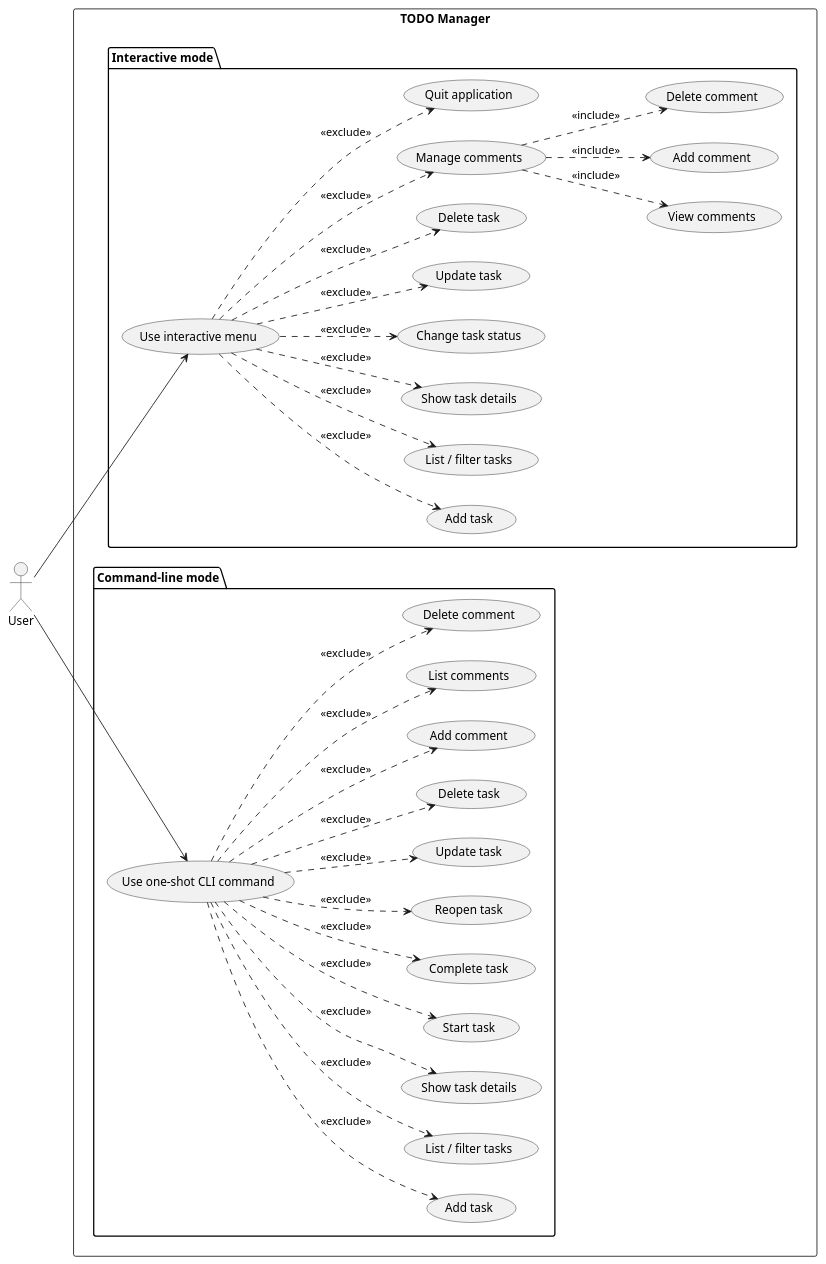
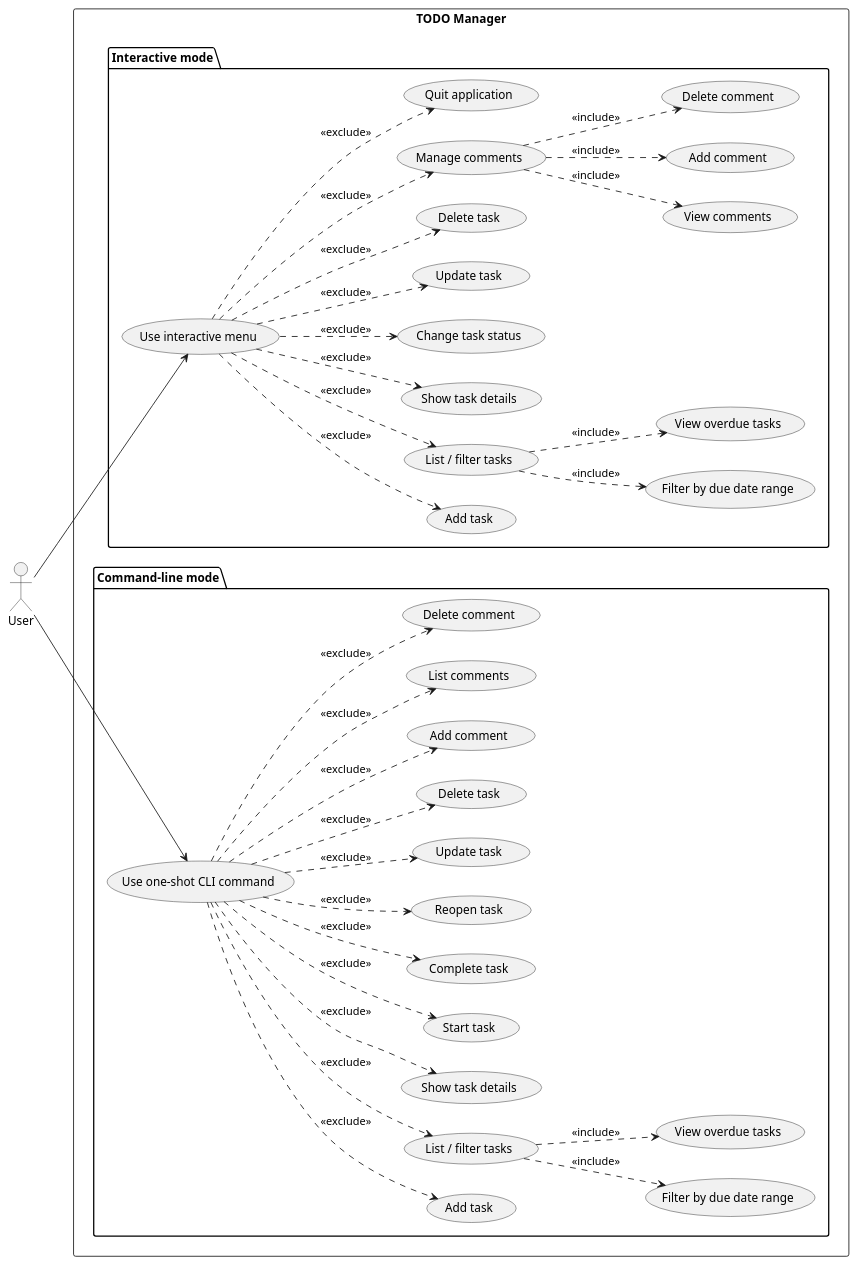
The diagram in experiments/supervisor_as_tools/structured_text/TODO/artifacts/use_case_diagram.puml (DanielRiha8906/Software_autoevolution_using_agents), drawn with PlantUML before and after one commit. The commit also changed 10 other files, not shown here.

First line of the commit message:
task 05: Add due date and overdue filtering to task queries

```diff
--- a/experiments/supervisor_as_tools/structured_text/TODO/artifacts/use_case_diagram.puml
+++ b/experiments/supervisor_as_tools/structured_text/TODO/artifacts/use_case_diagram.puml
@@ -1,67 +1,75 @@
 @startuml use_case_diagram
 
 left to right direction
 
 actor User
 
 rectangle "TODO Manager" {
 
   package "Interactive mode" {
     usecase "Use interactive menu" as UI
     usecase "Add task" as I_ADD
     usecase "List / filter tasks" as I_LIST
+    usecase "Filter by due date range" as I_DUE_RANGE
+    usecase "View overdue tasks" as I_OVERDUE
     usecase "Show task details" as I_SHOW
     usecase "Change task status" as I_STATUS
     usecase "Update task" as I_UPDATE
     usecase "Delete task" as I_DELETE
     usecase "Manage comments" as I_COMMENTS
     usecase "View comments" as I_VIEW_COMMENTS
     usecase "Add comment" as I_ADD_COMMENT
     usecase "Delete comment" as I_DELETE_COMMENT
     usecase "Quit application" as I_QUIT
   }
 
   package "Command-line mode" {
     usecase "Use one-shot CLI command" as CLI
     usecase "Add task" as C_ADD
     usecase "List / filter tasks" as C_LIST
+    usecase "Filter by due date range" as C_DUE_RANGE
+    usecase "View overdue tasks" as C_OVERDUE
     usecase "Show task details" as C_SHOW
     usecase "Start task" as C_START
     usecase "Complete task" as C_DONE
     usecase "Reopen task" as C_REOPEN
     usecase "Update task" as C_UPDATE
     usecase "Delete task" as C_DELETE
     usecase "Add comment" as C_ADD_COMMENT
     usecase "List comments" as C_LIST_COMMENTS
     usecase "Delete comment" as C_DELETE_COMMENT
   }
 }
 
 User --> UI
 User --> CLI
 
 UI ..> I_ADD       : <<exclude>>
 UI ..> I_LIST      : <<exclude>>
+I_LIST ..> I_DUE_RANGE : <<include>>
+I_LIST ..> I_OVERDUE : <<include>>
 UI ..> I_SHOW      : <<exclude>>
 UI ..> I_STATUS    : <<exclude>>
 UI ..> I_UPDATE    : <<exclude>>
 UI ..> I_DELETE    : <<exclude>>
 UI ..> I_COMMENTS  : <<exclude>>
 I_COMMENTS ..> I_VIEW_COMMENTS    : <<include>>
 I_COMMENTS ..> I_ADD_COMMENT      : <<include>>
 I_COMMENTS ..> I_DELETE_COMMENT   : <<include>>
 UI ..> I_QUIT      : <<exclude>>
 
 CLI ..> C_ADD            : <<exclude>>
 CLI ..> C_LIST           : <<exclude>>
+C_LIST ..> C_DUE_RANGE : <<include>>
+C_LIST ..> C_OVERDUE : <<include>>
 CLI ..> C_SHOW           : <<exclude>>
 CLI ..> C_START          : <<exclude>>
 CLI ..> C_DONE           : <<exclude>>
 CLI ..> C_REOPEN         : <<exclude>>
 CLI ..> C_UPDATE         : <<exclude>>
 CLI ..> C_DELETE         : <<exclude>>
 CLI ..> C_ADD_COMMENT    : <<exclude>>
 CLI ..> C_LIST_COMMENTS  : <<exclude>>
 CLI ..> C_DELETE_COMMENT : <<exclude>>
 
 @enduml
```
